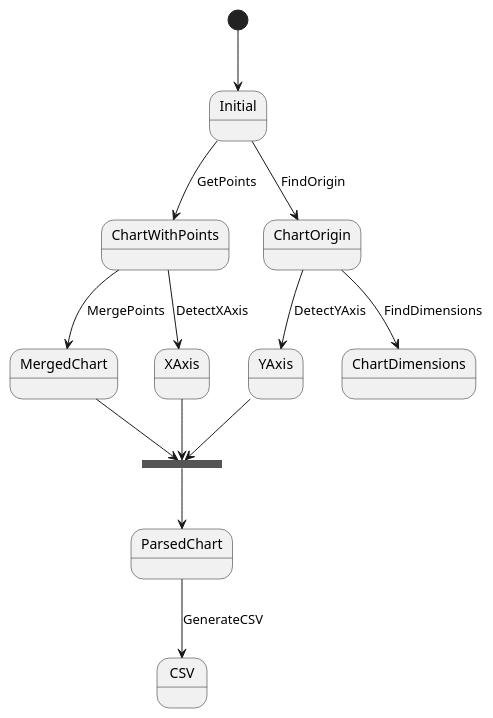
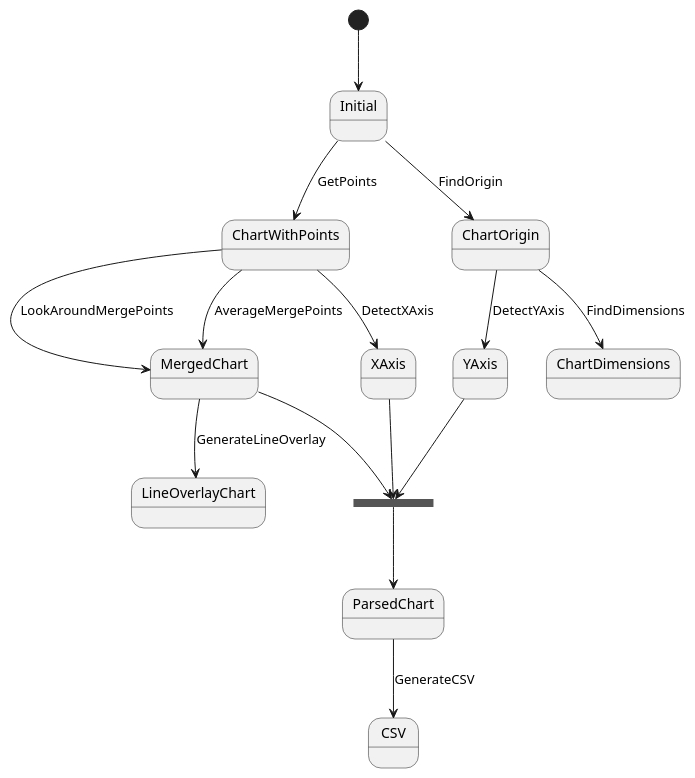
The diagram in diagrams/ParserStates.puml (profiluefter/chart2csv), drawn with PlantUML before and after one commit. The commit also changed 24 other files, not shown here.

```diff
--- a/diagrams/ParserStates.puml
+++ b/diagrams/ParserStates.puml
@@ -1,20 +1,23 @@
 @startuml
 
 [*] --> Initial
 Initial --> ChartWithPoints : GetPoints
-ChartWithPoints --> MergedChart : MergePoints
+ChartWithPoints --> MergedChart : LookAroundMergePoints
+ChartWithPoints --> MergedChart : AverageMergePoints
 Initial --> ChartOrigin : FindOrigin
 ChartWithPoints --> XAxis : DetectXAxis
 ChartOrigin --> YAxis : DetectYAxis
 
 ChartOrigin --> ChartDimensions : FindDimensions
 
 state csvJoin <<join>>
 MergedChart --> csvJoin
 XAxis --> csvJoin
 YAxis --> csvJoin
 csvJoin --> ParsedChart
 
 ParsedChart --> CSV : GenerateCSV
 
+MergedChart --> LineOverlayChart : GenerateLineOverlay
+
 @enduml
```
